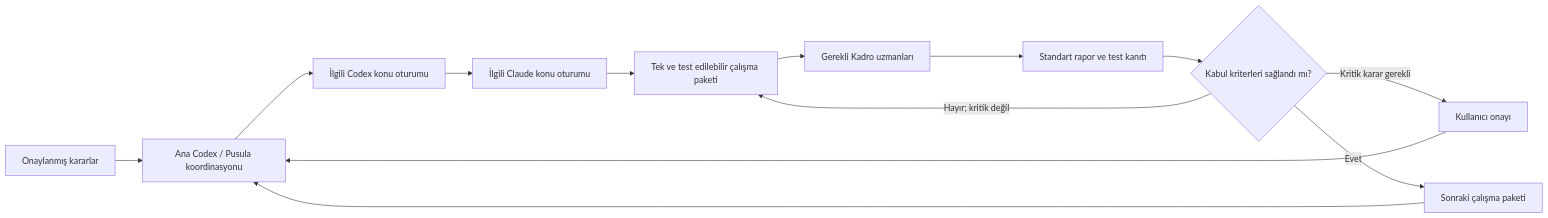
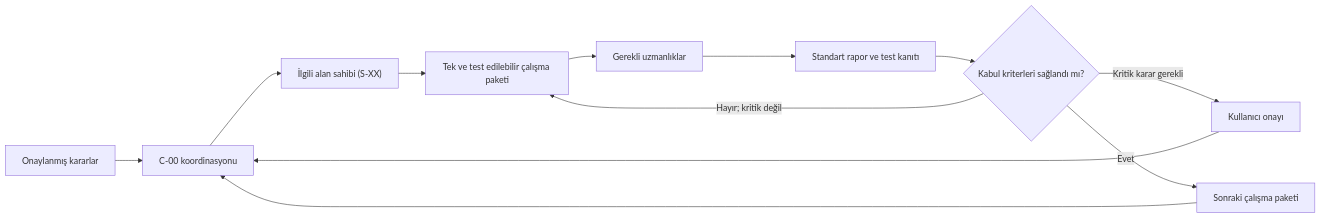
Diagram 13 of 17 in planning/02-FLOWS-ARCHITECTURE.md (ErdemEmirOzer/deaths-demolition), drawn with Mermaid before and after one commit. The commit also changed other lines of this file and 121 other files, not shown here.

````diff
--- a/planning/02-FLOWS-ARCHITECTURE.md
+++ b/planning/02-FLOWS-ARCHITECTURE.md
@@ -299,15 +299,14 @@
 ```mermaid
 flowchart LR
-    DEC["Onaylanmış kararlar"] --> MASTER["Ana Codex / Pusula koordinasyonu"]
-    MASTER --> CODEX["İlgili Codex konu oturumu"]
-    CODEX --> CLAUDE["İlgili Claude konu oturumu"]
-    CLAUDE --> PACKAGE["Tek ve test edilebilir çalışma paketi"]
-    PACKAGE --> TEAM["Gerekli Kadro uzmanları"]
+    DEC["Onaylanmış kararlar"] --> MASTER["C-00 koordinasyonu"]
+    MASTER --> OWNER["İlgili alan sahibi (S-XX)"]
+    OWNER --> PACKAGE["Tek ve test edilebilir çalışma paketi"]
+    PACKAGE --> TEAM["Gerekli uzmanlıklar"]
     TEAM --> REPORT["Standart rapor ve test kanıtı"]
     REPORT --> REVIEW{"Kabul kriterleri sağlandı mı?"}
     REVIEW -- "Hayır; kritik değil" --> PACKAGE
     REVIEW -- "Kritik karar gerekli" --> USER["Kullanıcı onayı"]
     USER --> MASTER
     REVIEW -- "Evet" --> NEXT["Sonraki çalışma paketi"]
     NEXT --> MASTER
 ```
````
